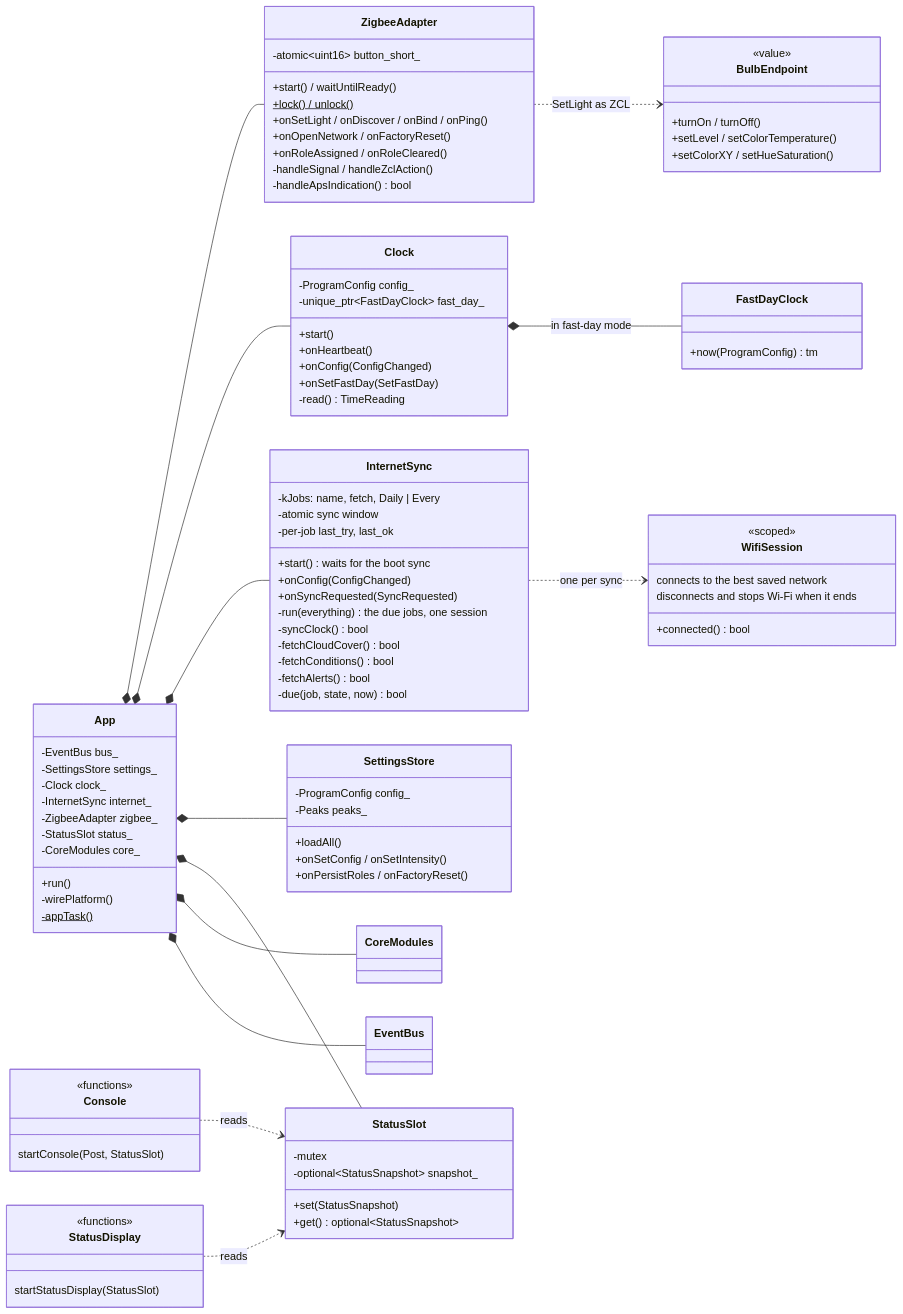
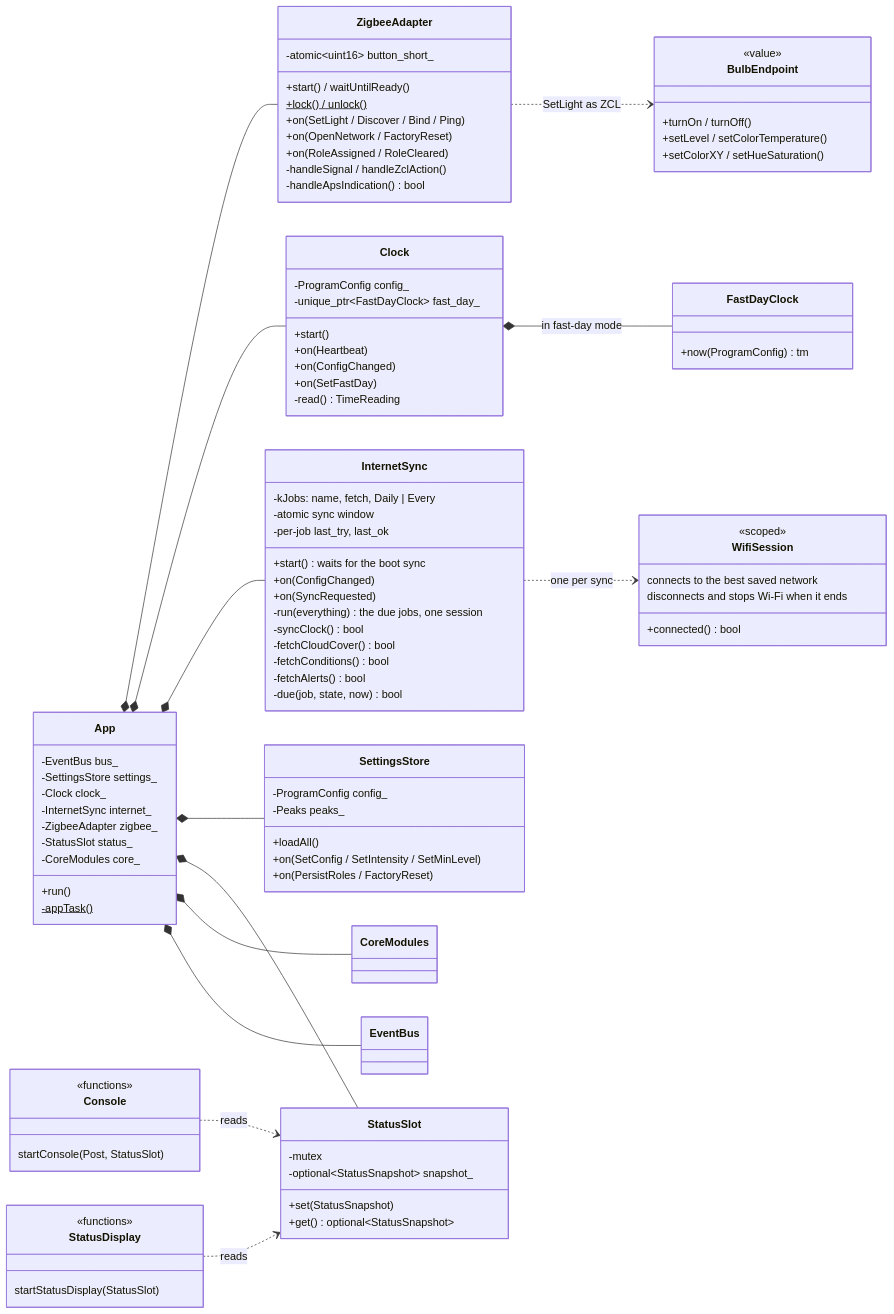
Before and after one commit to bjerre/sunsim: the fifth of 10 diagrams in ARCHITECTURE.md, drawn with Mermaid. The commit also changed other lines of this file and 23 other files, not shown here.

```diff
--- a/ARCHITECTURE.md
+++ b/ARCHITECTURE.md
@@ -391,16 +382,15 @@
         -StatusSlot status_
         -CoreModules core_
         +run()
-        -wirePlatform()
         -appTask()$
     }
     class ZigbeeAdapter {
         -atomic~uint16~ button_short_
         +start() / waitUntilReady()
         +lock() / unlock()$
-        +onSetLight / onDiscover / onBind / onPing()
-        +onOpenNetwork / onFactoryReset()
-        +onRoleAssigned / onRoleCleared()
+        +on(SetLight / Discover / Bind / Ping)
+        +on(OpenNetwork / FactoryReset)
+        +on(RoleAssigned / RoleCleared)
         -handleSignal / handleZclAction()
         -handleApsIndication() bool
     }
@@ -414,9 +404,9 @@
         -ProgramConfig config_
         -unique_ptr~FastDayClock~ fast_day_
         +start()
-        +onHeartbeat()
-        +onConfig(ConfigChanged)
-        +onSetFastDay(SetFastDay)
+        +on(Heartbeat)
+        +on(ConfigChanged)
+        +on(SetFastDay)
         -read() TimeReading
     }
     class InternetSync {
@@ -424,8 +414,8 @@
         -atomic sync window
         -per-job last_try, last_ok
         +start() waits for the boot sync
-        +onConfig(ConfigChanged)
-        +onSyncRequested(SyncRequested)
+        +on(ConfigChanged)
+        +on(SyncRequested)
         -run(everything) the due jobs, one session
         -syncClock() bool
         -fetchCloudCover() bool
@@ -446,8 +436,8 @@
         -ProgramConfig config_
         -Peaks peaks_
         +loadAll()
-        +onSetConfig / onSetIntensity()
-        +onPersistRoles / onFactoryReset()
+        +on(SetConfig / SetIntensity / SetMinLevel)
+        +on(PersistRoles / FactoryReset)
     }
     class StatusSlot {
         -mutex
```
